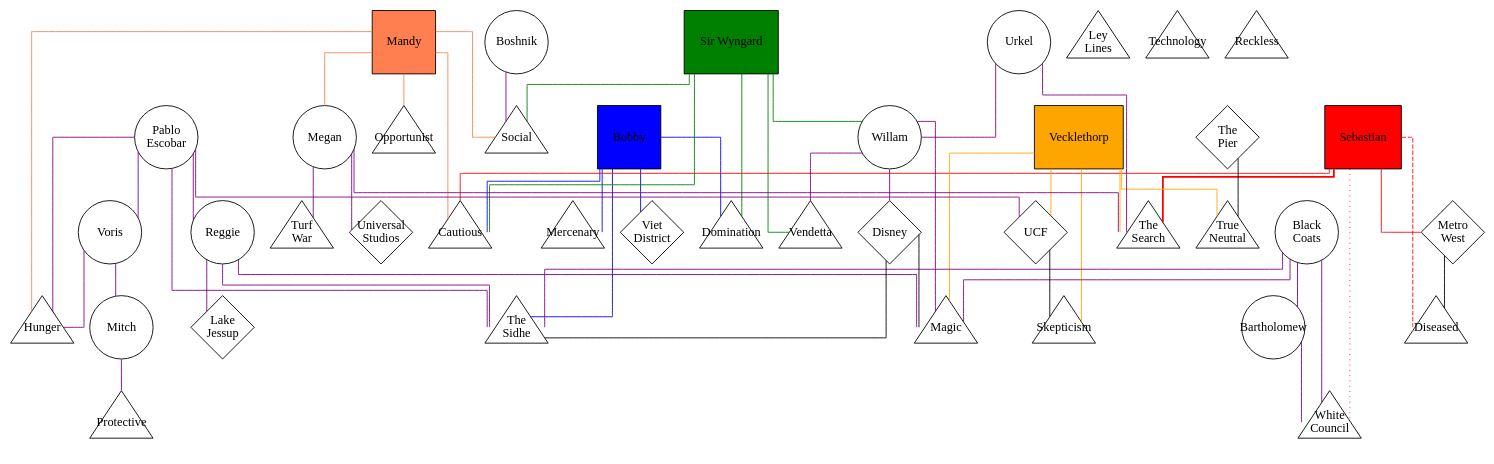
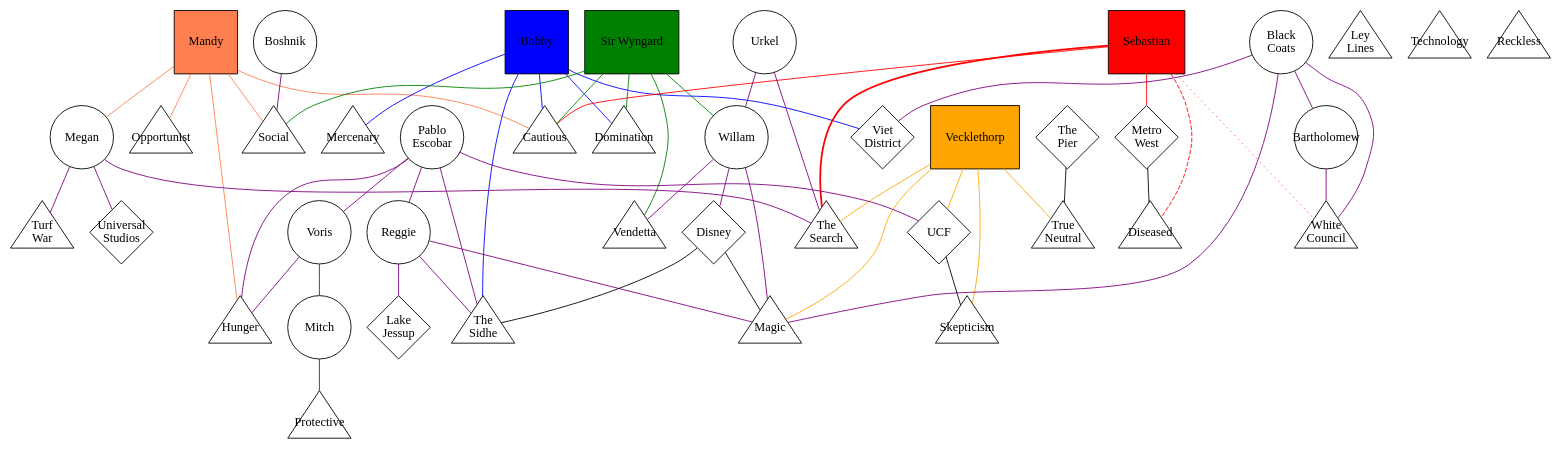
One commit to stevenvergenz/vergenz-dresden-map changed the diagram in might-of-aurora/might-of-aurora.dot. Above: the diagram before and after it, drawn with Graphviz.

Commit message:
Fixed incorrect link with the Black Coats

```diff
--- a/might-of-aurora/might-of-aurora.dot
+++ b/might-of-aurora/might-of-aurora.dot
@@ -1,192 +1,192 @@
 graph might_of_aurora
 {
-	graph [overlap=scale, splines=ortho]
+	graph [overlap=scale, splines=spline]
 	node [fixedsize="true", width="1.0", height="1.0"]
 
 // ==================== PLAYER CHARACTERS ====================
 	subgraph pcs
 	{
 		node [fixedsize="false", shape=box, style="filled"]
 		"Mandy" [fillcolor="coral"]
 		"Bobby" [fillcolor="blue"]
 		"Sebastian" [fillcolor="red"]
 		"Vecklethorp" [fillcolor="orange"]
 		"Sir Wyngard" [fillcolor="green"]
 	}
 
 // ==================== ASPECTS ====================
 	subgraph aspects
 	{
 		node [shape=triangle, regular=true]
 		"The\nSearch"
 		"Turf\nWar"
 		Magic
 		"The\nSidhe"
 		"Ley\nLines"
 		Domination
 		Vendetta
 		Opportunist
 		Hunger
 		Diseased
 		Mercenary
 		"White\nCouncil"
 		Cautious
 		"True\nNeutral"
 		Skepticism
 		Social
 		Protective
 		Technology
 		Reckless
 	}
 
 // ==================== FACES ====================
 	subgraph faces
 	{
 		node [shape="circle"]
 		Urkel
 		Megan
 		Willam
 		"Black\nCoats"
 		"Pablo\nEscobar"
 		Reggie
 		Bartholomew
 		Boshnik
 		Voris
 		Mitch
 	}
 
 // ==================== LOCATIONS ====================
 	subgraph locations
 	{
 		node [shape="diamond"]
 		UCF
 		"Universal\nStudios"
 		Disney
 		"The\nPier"
 		"Metro\nWest"
 		"Lake\nJessup"
 		"Viet\nDistrict"
 	}
 
 // ==================== PLAYER CHARACTER GROUPS ====================
 
 	// Mandy (Travis)
 	subgraph Mandy_links
 	{
 		edge [color="coral"]
 		//Mandy
 		Mandy -- Hunger
 		Mandy -- Cautious
 		Mandy -- Opportunist
 		Mandy -- Social
 		Mandy -- Megan
 	}
 
 	// Bobby (Steve)
 	subgraph Bobby_links
 	{
 		edge [color="blue"]
 		//Bobby
 		Bobby -- "The\nSidhe"
 		Bobby -- Domination
 		Bobby -- Cautious
 		Bobby -- Mercenary
 		Bobby -- "Viet\nDistrict"
 	}
 
 	// Sebastian (Roscoe)
 	subgraph Sebastian_links
 	{
 		edge [color="red"]
 		//Sebastian
 
 		// High Concept
 		Sebastian -- "The\nSearch" [style="bold"]
 
 		// Motivation
 		Sebastian -- Diseased [style="dashed"]
 
 		// Trouble
 		Sebastian -- "White\nCouncil" [style="dotted"]
 
 		// Aspects
 		Sebastian -- Cautious
 
 		// Locations
 		Sebastian -- "Metro\nWest"
 
 	}
 
 	// Vecklethorp (Erik)
 	subgraph Vecklethorp_links
 	{
 		edge [color="orange"]
 		//Vecklethorp
 		Vecklethorp -- "The\nSearch"
 		Vecklethorp -- Magic
 		Vecklethorp -- "True\nNeutral"
 		Vecklethorp -- Skepticism
 		Vecklethorp -- UCF
 	}
 
 	// Wyngard (Chris)
 	subgraph "Sir Wyngard_links"
 	{
 		edge [color="green"]
 		//"Sir Wyngard"
 		"Sir Wyngard" -- Vendetta
 		"Sir Wyngard" -- Domination
 		"Sir Wyngard" -- Cautious
 		"Sir Wyngard" -- Social
 		"Sir Wyngard" -- Willam
 	}
 
 // ==================== FACE GROUPS ====================
 	subgraph face_links
 	{
 		edge [color="purple"]
 		Urkel -- "The\nSearch"
 		Urkel -- Willam
 		Megan -- "The\nSearch"
 		Megan -- "Turf\nWar"
 		Megan -- "Universal\nStudios"
 		Willam -- Vendetta
 		Willam -- Disney
 		Willam -- Magic
 		"Black\nCoats" -- Magic
 		"Black\nCoats" -- Bartholomew
 		"Black\nCoats" -- "White\nCouncil"
-		"Black\nCoats" -- "The\nSidhe"
+		"Black\nCoats" -- "Viet\nDistrict"
 		"Pablo\nEscobar" -- UCF
 		"Pablo\nEscobar" -- "The\nSidhe"
 		"Pablo\nEscobar" -- Voris
 		"Pablo\nEscobar" -- Reggie
 		"Pablo\nEscobar" -- Hunger
 		Reggie -- "Lake\nJessup"
 		Reggie -- Magic
 		Reggie -- "The\nSidhe"
 		Bartholomew -- "White\nCouncil"
 		Boshnik -- Social
 		Voris -- Hunger
 		Voris -- Mitch
 		Mitch -- Protective
 	}
 
 // ==================== LOCATION GROUPS ====================
 
 	subgraph location_links
 	{
 		UCF -- Skepticism
 		Disney -- "The\nSidhe"
 		Disney -- Magic
 		"The\nPier" -- "True\nNeutral"
 		"Metro\nWest" -- Diseased
 	}
 
 }
 
 /*graph g {
 	a -- b
 	a [label="hello",shape=ellipse,fillcolor="burlywood",style="filled"];
 	b [label="graphviz",shape=box,fillcolor="palegreen",style="filled,rounded"];
 }*/
```
